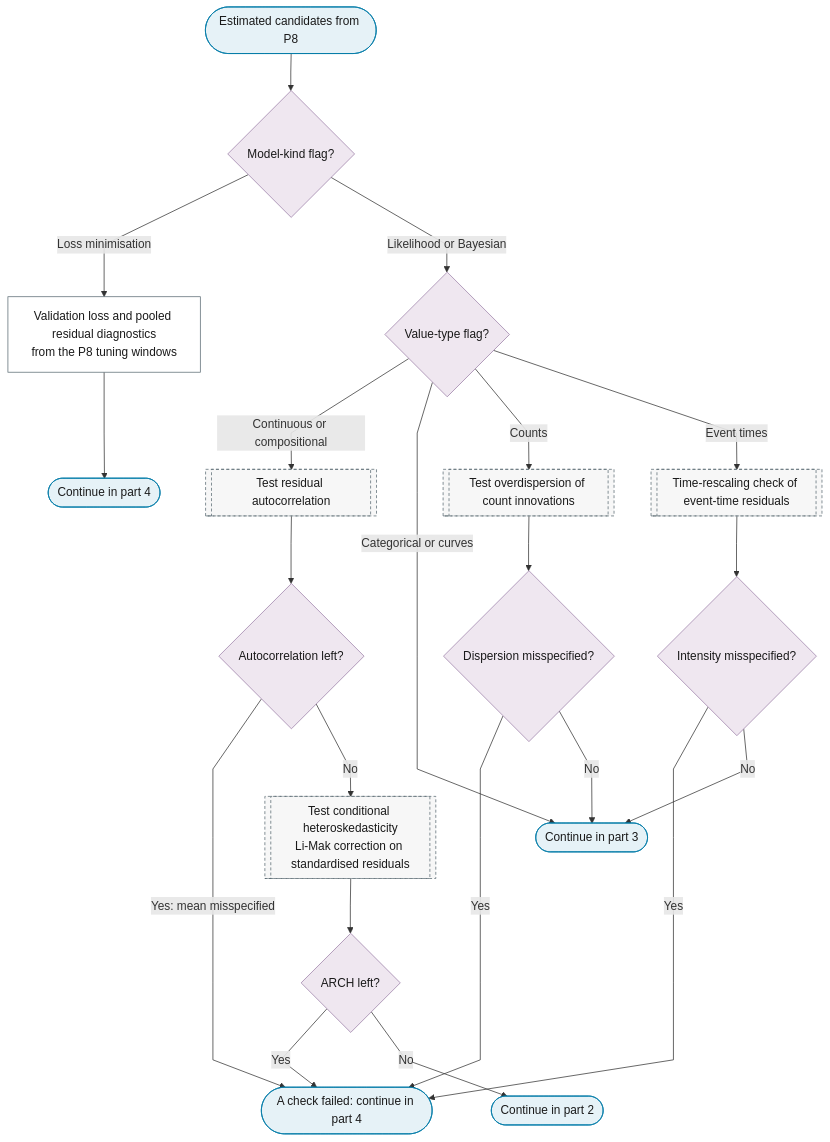
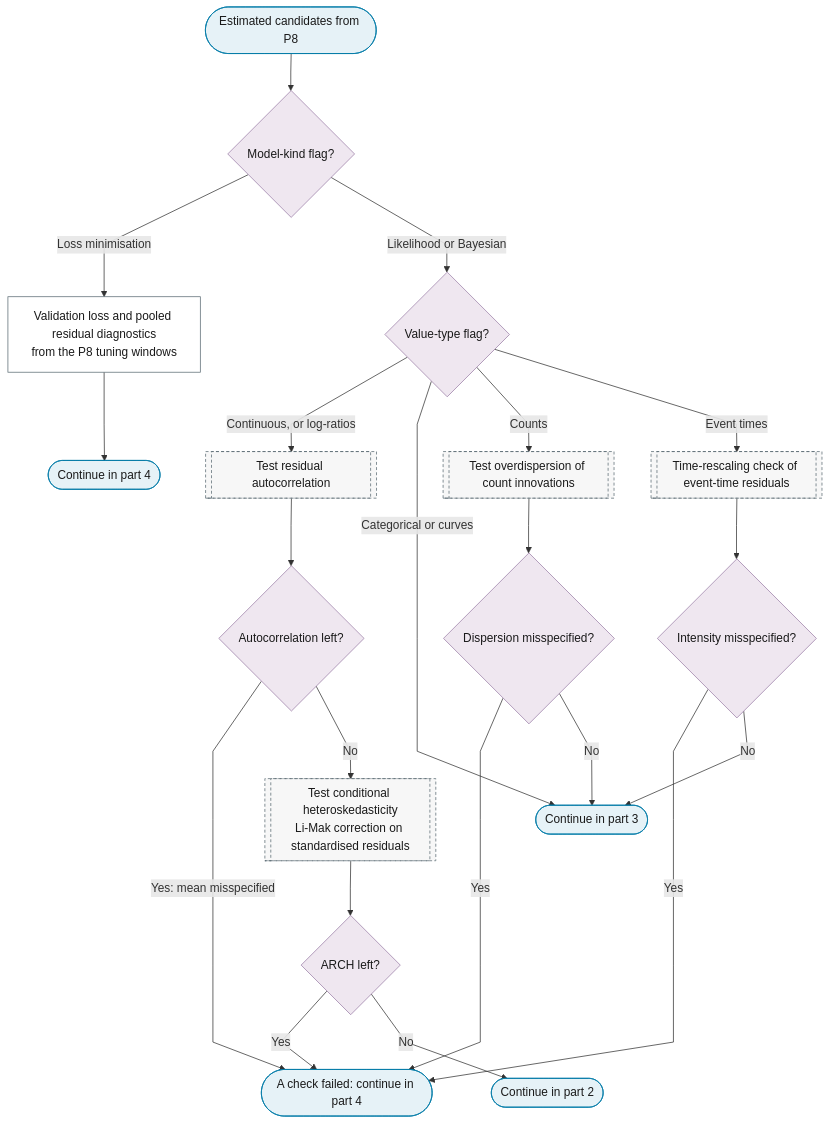
Before and after one commit to Shuxin-Y/time-series-analysis-manual: the first of 4 diagrams in docs/01-workflow/p09-in-sample-diagnostics.md, drawn with Mermaid. The commit also changed 12 other files, not shown here.

````diff
--- a/docs/01-workflow/p09-in-sample-diagnostics.md
+++ b/docs/01-workflow/p09-in-sample-diagnostics.md
@@ -13,36 +13,36 @@
 ```mermaid
 %%{init: {"flowchart": {"curve": "linear"}}}%%
 graph TD
     P9_IN(["Estimated candidates from P8"]) --> P9_KIND{"Model-kind flag?"}
     P9_KIND -->|"Loss minimisation"| P9_LEARNER_DIAGNOSTICS["Validation loss and pooled residual diagnostics<br/>from the P8 tuning windows"]
     P9_KIND -->|"Likelihood or Bayesian"| P9_TYPE{"Value-type flag?"}
     P9_LEARNER_DIAGNOSTICS --> P9_LEARNER_TO_PART_4(["Continue in part 4"])
-    P9_TYPE -->|"Continuous or compositional"| P7_MEAN_TESTS[["Test residual autocorrelation"]]
+    P9_TYPE -->|"Continuous, or log-ratios"| P7_MEAN_TESTS[["Test residual autocorrelation"]]
     P9_TYPE -->|"Categorical or curves"| P9_COUNTS_TO_PART_3
     P9_TYPE -->|"Counts"| P7_COUNT_TESTS[["Test overdispersion of count innovations"]]
     P9_TYPE -->|"Event times"| P7_RESCALING[["Time-rescaling check of event-time residuals"]]
     P7_MEAN_TESTS --> P9_AC{"Autocorrelation left?"}
     P9_AC -->|"Yes: mean misspecified"| P9_PART_1_FAIL(["A check failed: continue in part 4"])
     P9_AC -->|"No"| P7_VAR_TESTS[["Test conditional heteroskedasticity<br/>Li-Mak correction on standardised residuals"]]
     P7_VAR_TESTS --> P9_ARCH{"ARCH left?"}
     P9_ARCH -->|"Yes"| P9_PART_1_FAIL
     P9_ARCH -->|"No"| P9_TO_PART_2(["Continue in part 2"])
     P7_COUNT_TESTS --> P9_COUNT{"Dispersion misspecified?"}
     P9_COUNT -->|"Yes"| P9_PART_1_FAIL
     P9_COUNT -->|"No"| P9_COUNTS_TO_PART_3
     P7_RESCALING --> P9_INTENSITY{"Intensity misspecified?"}
     P9_INTENSITY -->|"Yes"| P9_PART_1_FAIL
     P9_INTENSITY -->|"No"| P9_COUNTS_TO_PART_3(["Continue in part 3"])
     class P9_IN,P9_LEARNER_TO_PART_4,P9_TO_PART_2,P9_COUNTS_TO_PART_3,P9_PART_1_FAIL terminator
     class P9_KIND,P9_TYPE,P9_AC,P9_ARCH,P9_COUNT,P9_INTENSITY decision
     class P9_LEARNER_DIAGNOSTICS process
     class P7_MEAN_TESTS,P7_COUNT_TESTS,P7_RESCALING,P7_VAR_TESTS ref
     classDef terminator fill:#E6F2F7,stroke:#007BA7,color:#1A1A1A;
     classDef process fill:#FFFFFF,stroke:#5A6B73,color:#1A1A1A;
     classDef decision fill:#EFE7F0,stroke:#9B7FA7,color:#1A1A1A;
     classDef data fill:#FFF4E0,stroke:#C9A55E,color:#1A1A1A;
     classDef good fill:#DCEFD8,stroke:#4A7A3F,color:#1A1A1A;
     classDef escalate fill:#FFE9C2,stroke:#C9A55E,color:#1A1A1A;
     classDef problem fill:#F2D9DE,stroke:#800020,color:#1A1A1A;
     classDef ref fill:#F7F7F7,stroke:#5A6B73,color:#1A1A1A,stroke-dasharray:4 3;
 ```
````
